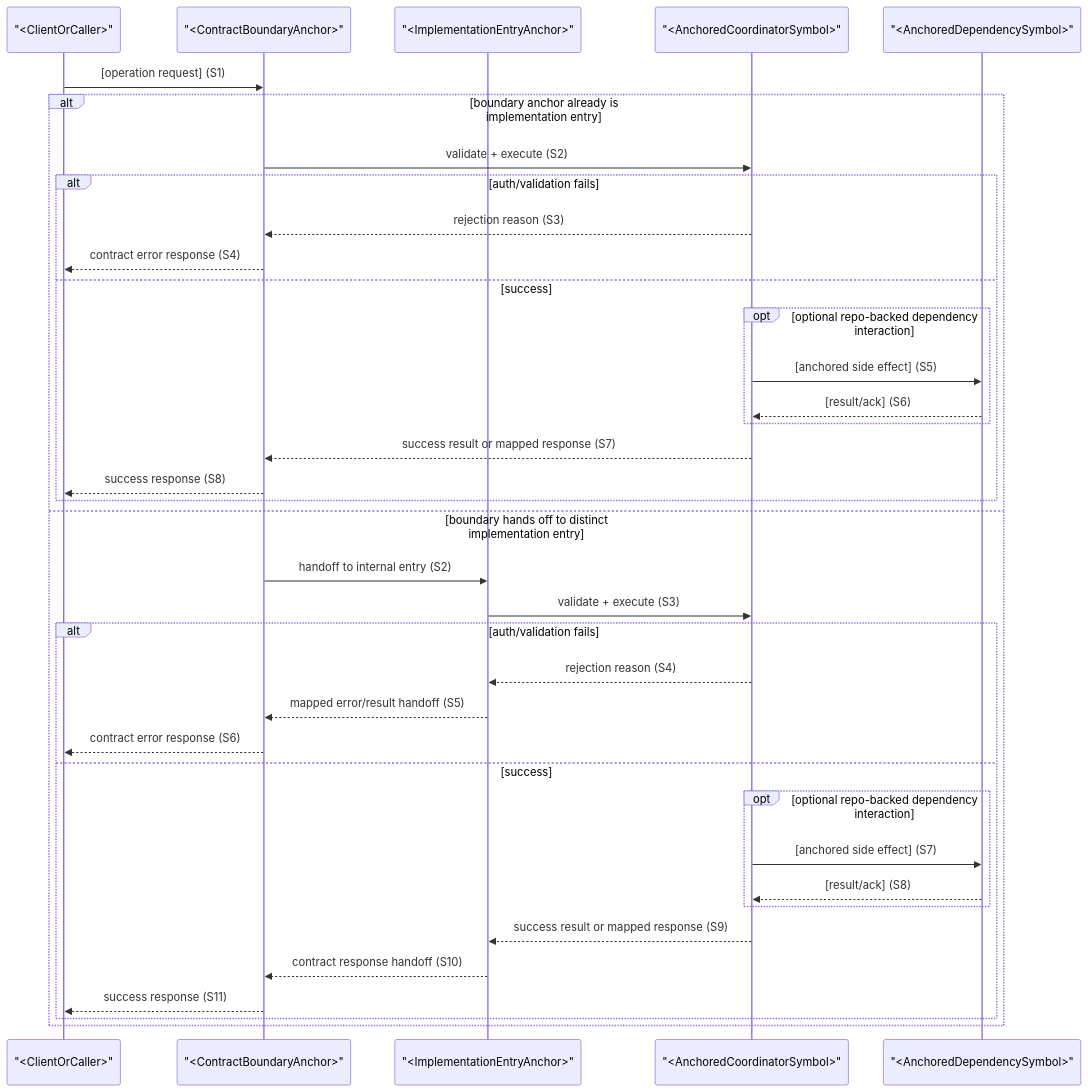
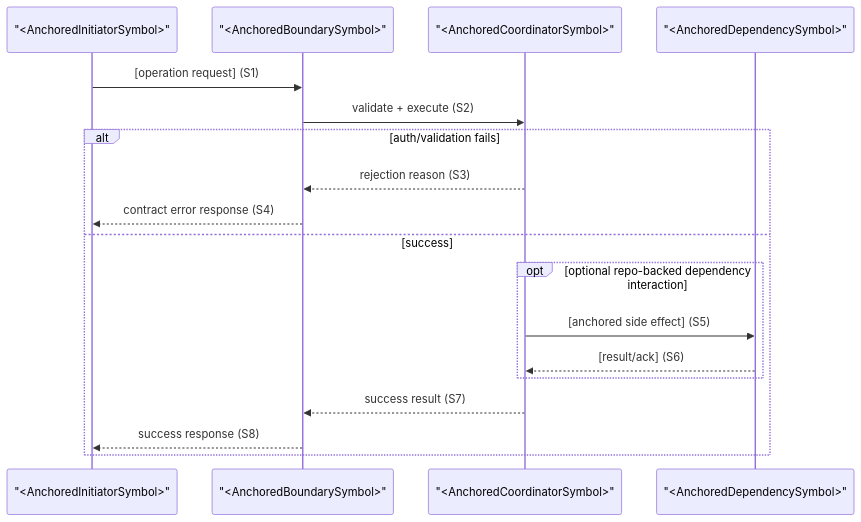
Before and after one commit to bigsmartben/sdd: the first of 2 diagrams in templates/interface-detail-template.md, drawn with Mermaid. The commit also changed other lines of this file and 71 other files, not shown here.

````diff
--- a/templates/interface-detail-template.md
+++ b/templates/interface-detail-template.md
@@ -88,41 +73,21 @@
 ```mermaid
 sequenceDiagram
-    participant Initiator as "<ClientOrCaller>"
-    participant Boundary as "<ContractBoundaryAnchor>"
-    %% Declare Entry only when it differs from Boundary.
-    participant Entry as "<ImplementationEntryAnchor>"
+    participant Initiator as "<AnchoredInitiatorSymbol>"
+    participant Boundary as "<AnchoredBoundarySymbol>"
     participant Coordinator as "<AnchoredCoordinatorSymbol>"
     participant Dependency as "<AnchoredDependencySymbol>"
 
     Initiator->>Boundary: [operation request] (S1)
-    alt boundary anchor already is implementation entry
-        Boundary->>Coordinator: validate + execute (S2)
-        alt auth/validation fails
-            Coordinator-->>Boundary: rejection reason (S3)
-            Boundary-->>Initiator: contract error response (S4)
-        else success
-            opt optional repo-backed dependency interaction
-                Coordinator->>Dependency: [anchored side effect] (S5)
-                Dependency-->>Coordinator: [result/ack] (S6)
-            end
-            Coordinator-->>Boundary: success result or mapped response (S7)
-            Boundary-->>Initiator: success response (S8)
+    Boundary->>Coordinator: validate + execute (S2)
+    alt auth/validation fails
+        Coordinator-->>Boundary: rejection reason (S3)
+        Boundary-->>Initiator: contract error response (S4)
+    else success
+        opt optional repo-backed dependency interaction
+            Coordinator->>Dependency: [anchored side effect] (S5)
+            Dependency-->>Coordinator: [result/ack] (S6)
         end
-    else boundary hands off to distinct implementation entry
-        Boundary->>Entry: handoff to internal entry (S2)
-        Entry->>Coordinator: validate + execute (S3)
-        alt auth/validation fails
-            Coordinator-->>Entry: rejection reason (S4)
-            Entry-->>Boundary: mapped error/result handoff (S5)
-            Boundary-->>Initiator: contract error response (S6)
-        else success
-            opt optional repo-backed dependency interaction
-                Coordinator->>Dependency: [anchored side effect] (S7)
-                Dependency-->>Coordinator: [result/ack] (S8)
-            end
-            Coordinator-->>Entry: success result or mapped response (S9)
-            Entry-->>Boundary: contract response handoff (S10)
-            Boundary-->>Initiator: success response (S11)
-        end
+        Coordinator-->>Boundary: success result (S7)
+        Boundary-->>Initiator: success response (S8)
     end
 ```
````
